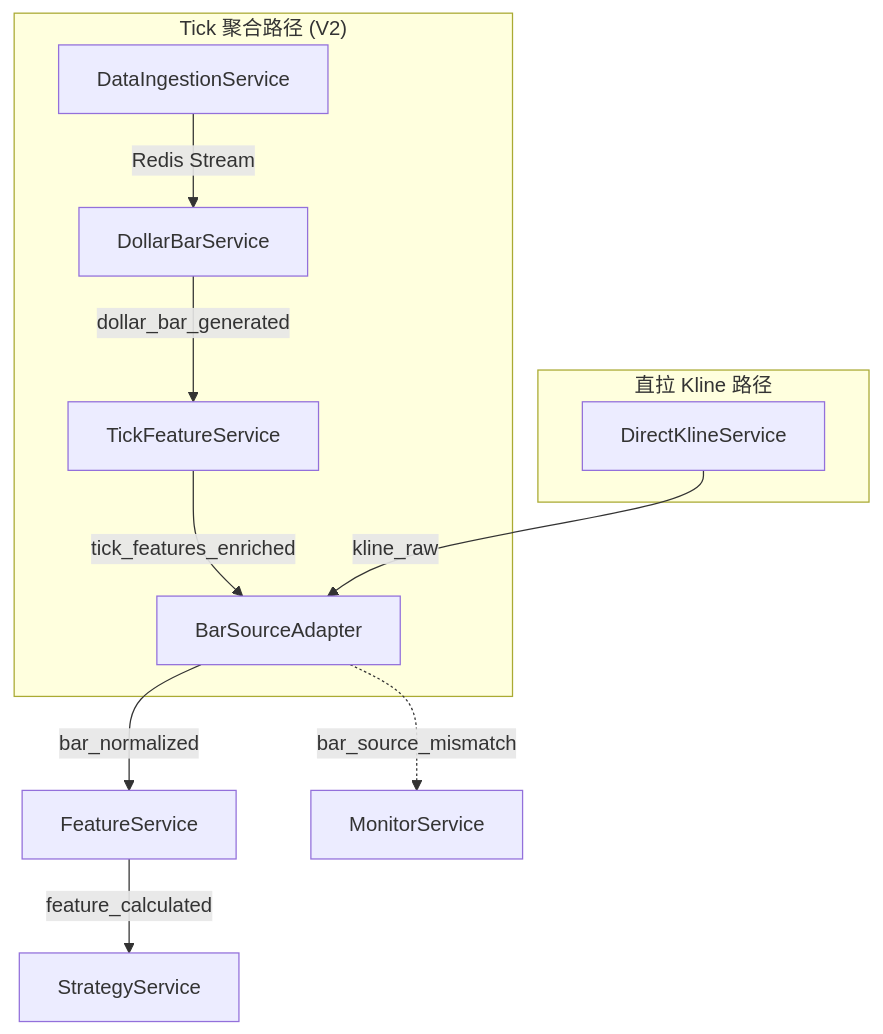
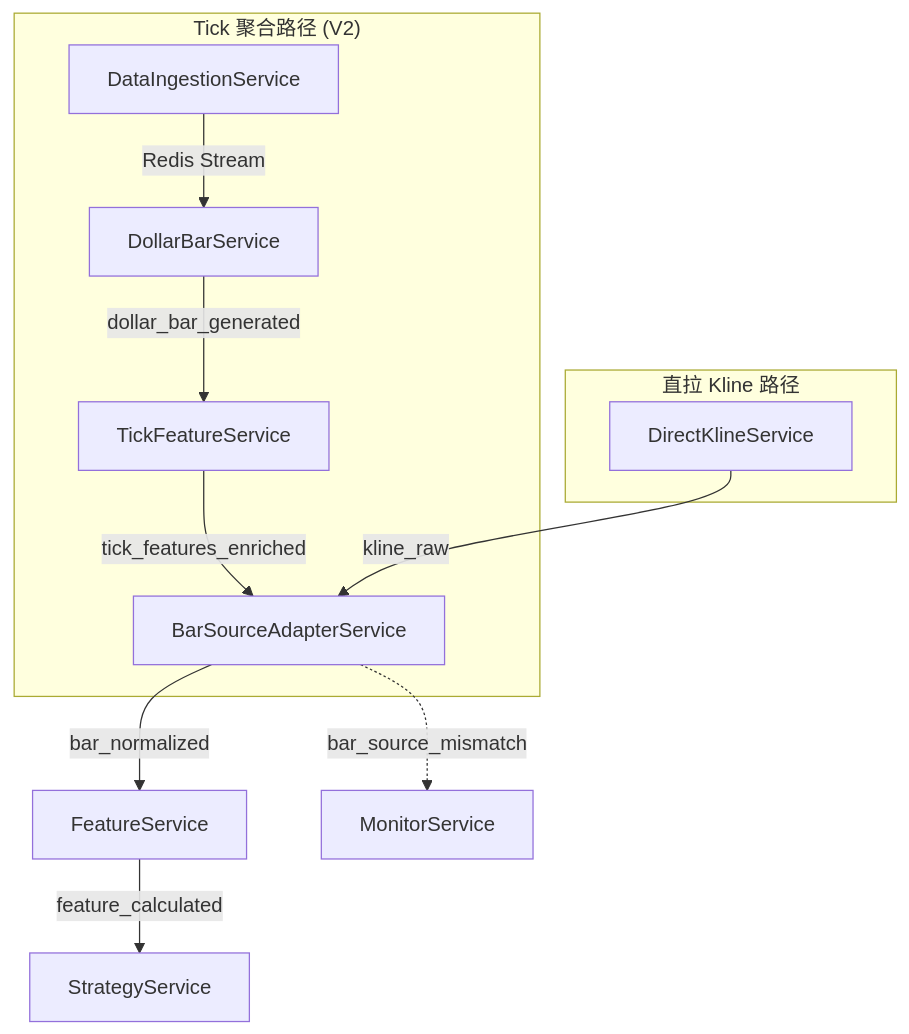
Before and after one commit to DragonQuantt/docs: the second of 2 diagrams in content/api/redis.md, drawn with Mermaid. The commit also changed other lines of this file and 3 other files, not shown here.

Commit message:
BarSourceAdapter->BarSourceAdapterService

````diff
--- a/content/api/redis.md
+++ b/content/api/redis.md
@@ -609,16 +609,16 @@
 ```mermaid
 flowchart TD
     subgraph tickPath ["Tick 聚合路径 (V2)"]
         DataIngestion["DataIngestionService"] -->|"Redis Stream"| DollarBar["DollarBarService"]
         DollarBar -->|dollar_bar_generated| TickFeature["TickFeatureService"]
-        TickFeature -->|tick_features_enriched| BarAdapter["BarSourceAdapter"]
+        TickFeature -->|tick_features_enriched| BarAdapter["BarSourceAdapterService"]
     end
 
     subgraph klinePath ["直拉 Kline 路径"]
         DirectKline["DirectKlineService"] -->|kline_raw| BarAdapter
     end
 
     BarAdapter -->|bar_normalized| Feature["FeatureService"]
     BarAdapter -.->|bar_source_mismatch| Monitor["MonitorService"]
     Feature -->|feature_calculated| Strategy["StrategyService"]
 ```
````
